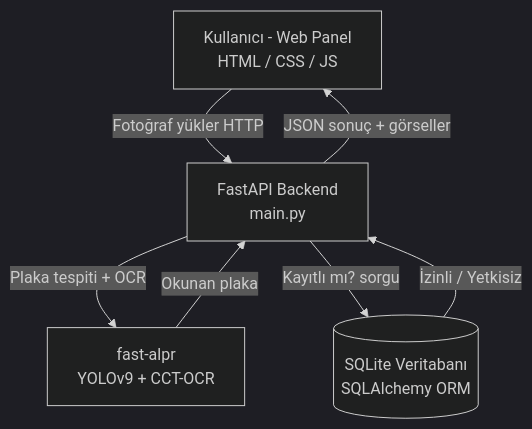
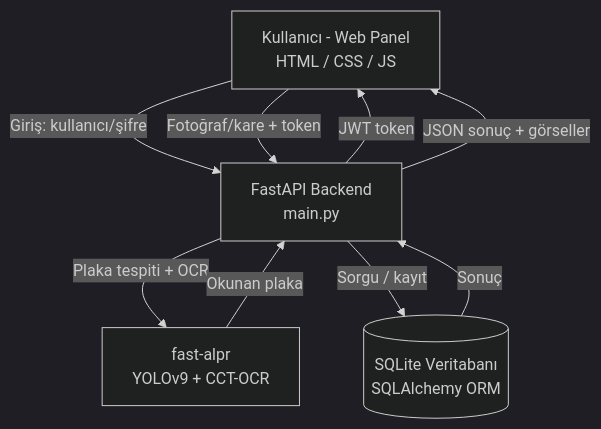
Before and after one commit to lgncelal/otopark-plaka-sistemi: the diagram in README.md, drawn with Mermaid (dark theme). The commit also changed other lines of this file, not shown here.

````diff
--- a/README.md
+++ b/README.md
@@ -26,9 +30,11 @@
 ```mermaid
 flowchart TD
-    A[Kullanıcı - Web Panel<br/>HTML / CSS / JS] -->|Fotoğraf yükler HTTP| B[FastAPI Backend<br/>main.py]
+    A[Kullanıcı - Web Panel<br/>HTML / CSS / JS] -->|Giriş: kullanıcı/şifre| B[FastAPI Backend<br/>main.py]
+    B -->|JWT token| A
+    A -->|Fotoğraf/kare + token| B
     B -->|Plaka tespiti + OCR| C[fast-alpr<br/>YOLOv9 + CCT-OCR]
     C -->|Okunan plaka| B
-    B -->|Kayıtlı mı? sorgu| D[(SQLite Veritabanı<br/>SQLAlchemy ORM)]
-    D -->|İzinli / Yetkisiz| B
+    B -->|Sorgu / kayıt| D[(SQLite Veritabanı<br/>SQLAlchemy ORM)]
+    D -->|Sonuç| B
     B -->|JSON sonuç + görseller| A
 ```
````
